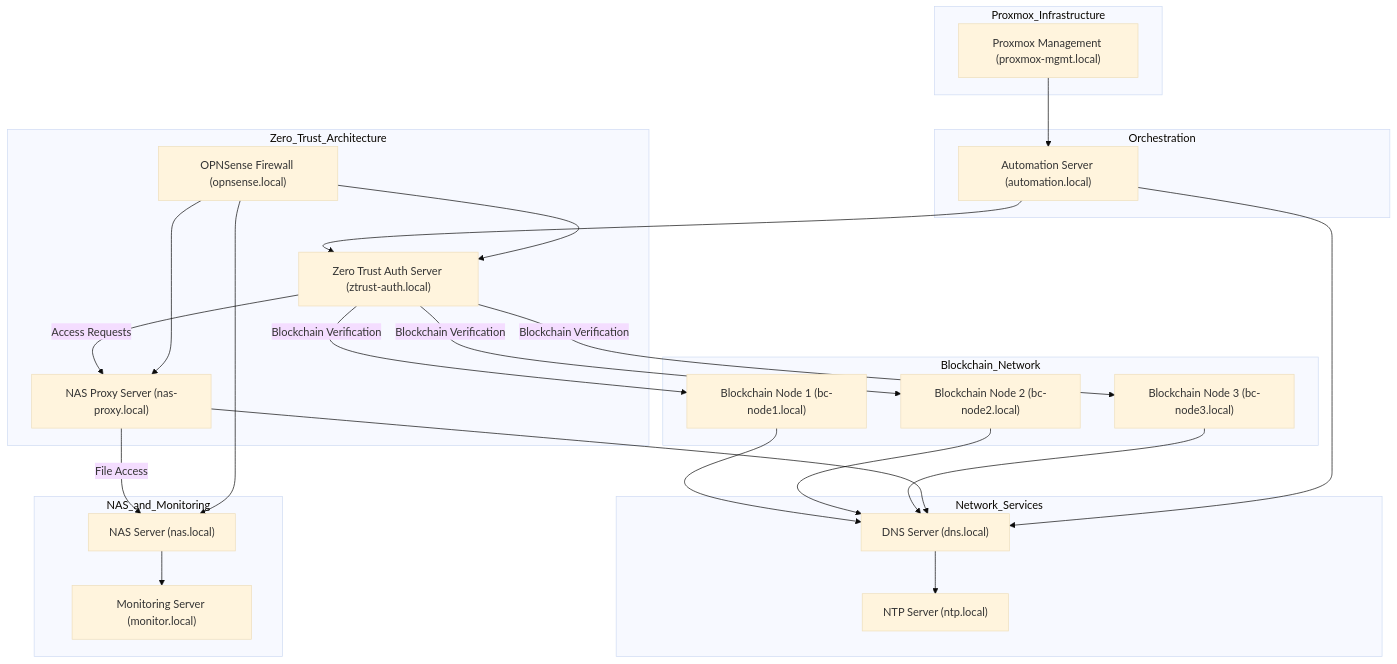
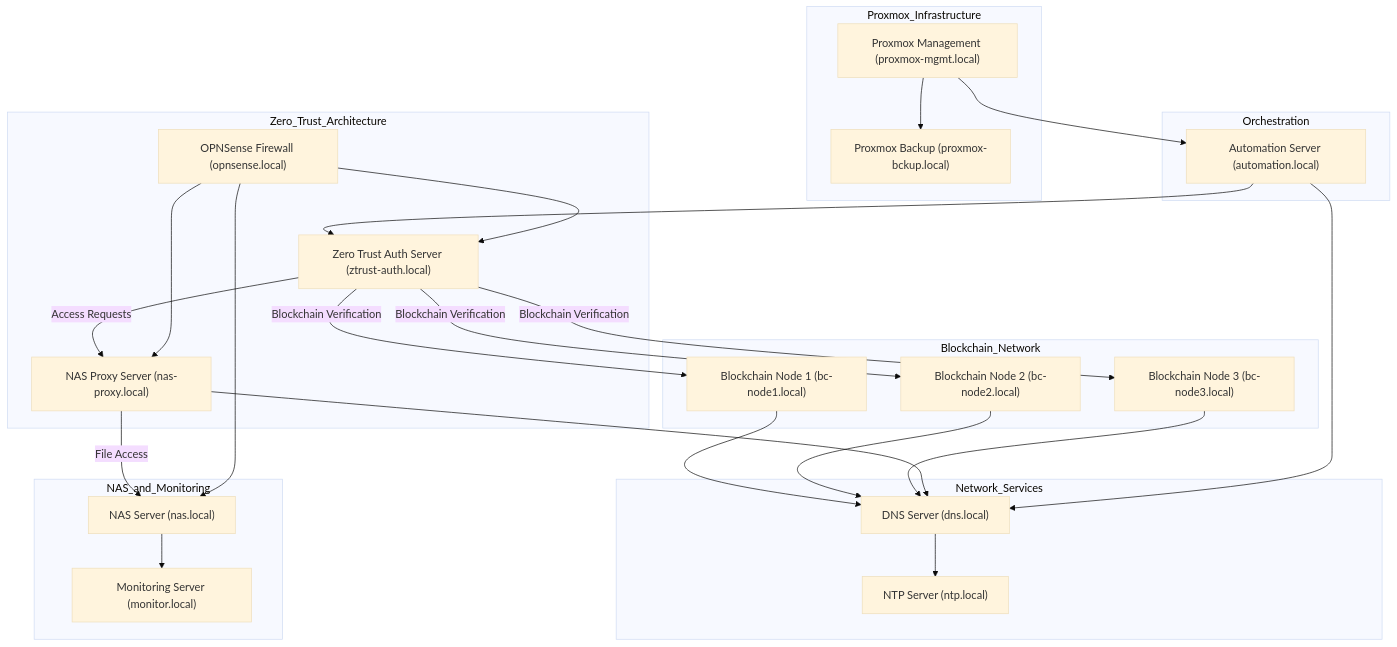
Before and after one commit to richard-sebos/ZeroTrust-Blockchain-Access: the diagram in documents/network_diagram.md, drawn with Mermaid (base theme). The commit also changed other lines of this file, not shown here.

Commit message:
pre-work day commit

````diff
--- a/documents/network_diagram.md
+++ b/documents/network_diagram.md
@@ -3,52 +3,54 @@
 ```mermaid
 graph TD;
   
     subgraph Network_Services
         dns["DNS Server (dns.local)"]
         ntp["NTP Server (ntp.local)"]
     end
     
     subgraph Proxmox_Infrastructure
         proxmox["Proxmox Management (proxmox-mgmt.local)"]
+        proxmoxbs["Proxmox Backup (proxmox-bckup.local)"]
     end
     
     subgraph Orchestration
         automation["Automation Server (automation.local)"]
     end
 
     subgraph Zero_Trust_Architecture
         ztrust["Zero Trust Auth Server (ztrust-auth.local)"]
         nas_proxy["NAS Proxy Server (nas-proxy.local)"]
         opnsense["OPNSense Firewall (opnsense.local)"]
     end
 
     subgraph Blockchain_Network
         bc1["Blockchain Node 1 (bc-node1.local)"]
         bc2["Blockchain Node 2 (bc-node2.local)"]
         bc3["Blockchain Node 3 (bc-node3.local)"]
     end
 
     subgraph NAS_and_Monitoring
         nas["NAS Server (nas.local)"]
         monitoring["Monitoring Server (monitor.local)"]
     end
     
     %% Connections
+    proxmox --> proxmoxbs
     proxmox --> automation
     automation --> ztrust
     ztrust -->|Access Requests| nas_proxy
     nas_proxy -->|File Access| nas
     ztrust -->|Blockchain Verification| bc1
     ztrust -->|Blockchain Verification| bc2
     ztrust -->|Blockchain Verification| bc3
     opnsense --> nas_proxy
     opnsense --> ztrust
     opnsense --> nas
     bc1 --> dns
     bc2 --> dns
     bc3 --> dns
     nas_proxy --> dns
     automation --> dns
     nas --> monitoring
     dns --> ntp
 ```
````
